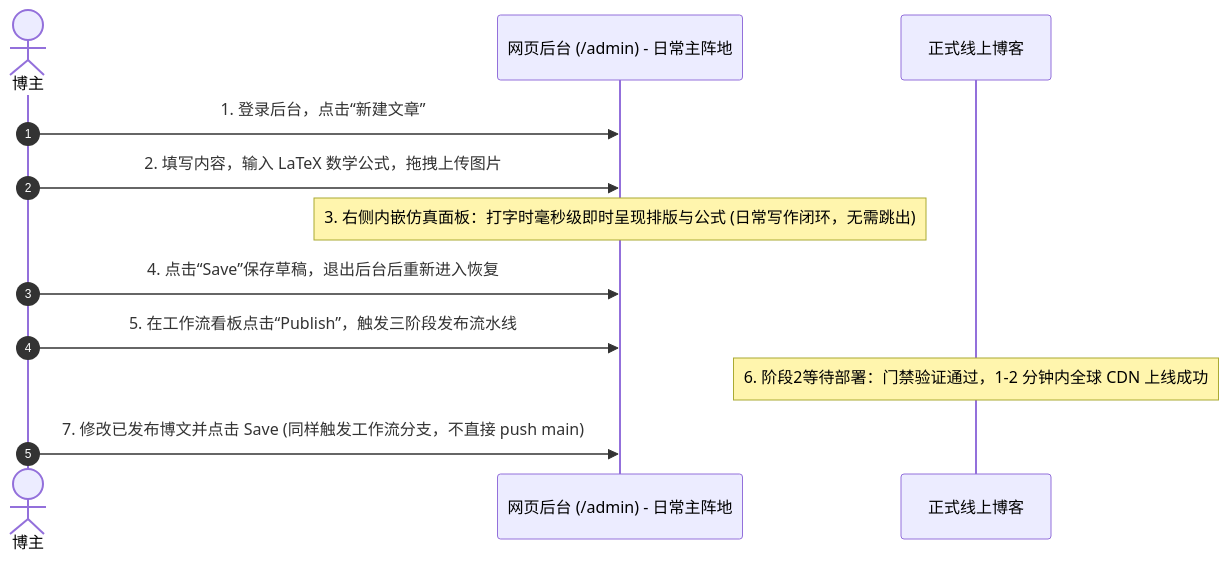
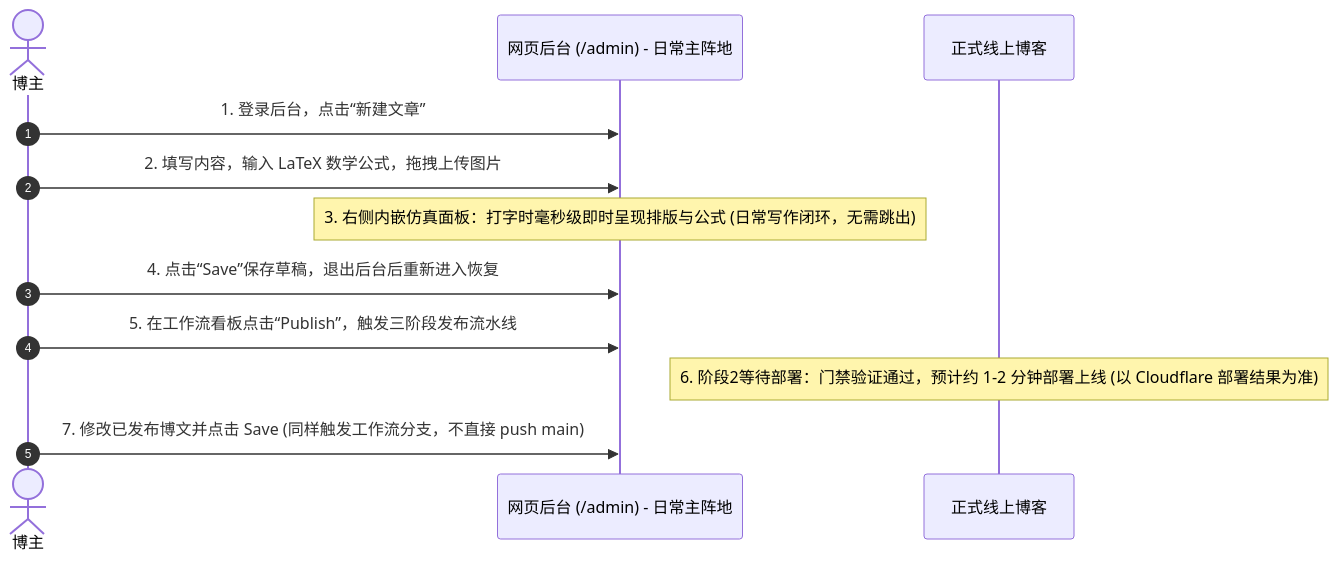
Before and after one commit to ForeSee2024/huaoblog: the third of 3 diagrams in docs/ENGINEERING_SPEC.md, drawn with Mermaid. The commit also changed other lines of this file and 2 other files, not shown here.

````diff
--- a/docs/ENGINEERING_SPEC.md
+++ b/docs/ENGINEERING_SPEC.md
@@ -405,15 +427,15 @@
 ```mermaid
 sequenceDiagram
     autonumber
     actor Author as 博主
     participant Admin as 网页后台 (/admin) - 日常主阵地
     participant Live as 正式线上博客
 
     Author->>Admin: 1. 登录后台，点击“新建文章”
     Author->>Admin: 2. 填写内容，输入 LaTeX 数学公式，拖拽上传图片
     Note over Admin: 3. 右侧内嵌仿真面板：打字时毫秒级即时呈现排版与公式 (日常写作闭环，无需跳出)
     Author->>Admin: 4. 点击“Save”保存草稿，退出后台后重新进入恢复
     Author->>Admin: 5. 在工作流看板点击“Publish”，触发三阶段发布流水线
-    Note over Live: 6. 阶段2等待部署：门禁验证通过，1-2 分钟内全球 CDN 上线成功
+    Note over Live: 6. 阶段2等待部署：门禁验证通过，预计约 1-2 分钟部署上线 (以 Cloudflare 部署结果为准)
     Author->>Admin: 7. 修改已发布博文并点击 Save (同样触发工作流分支，不直接 push main)
 ```
````
